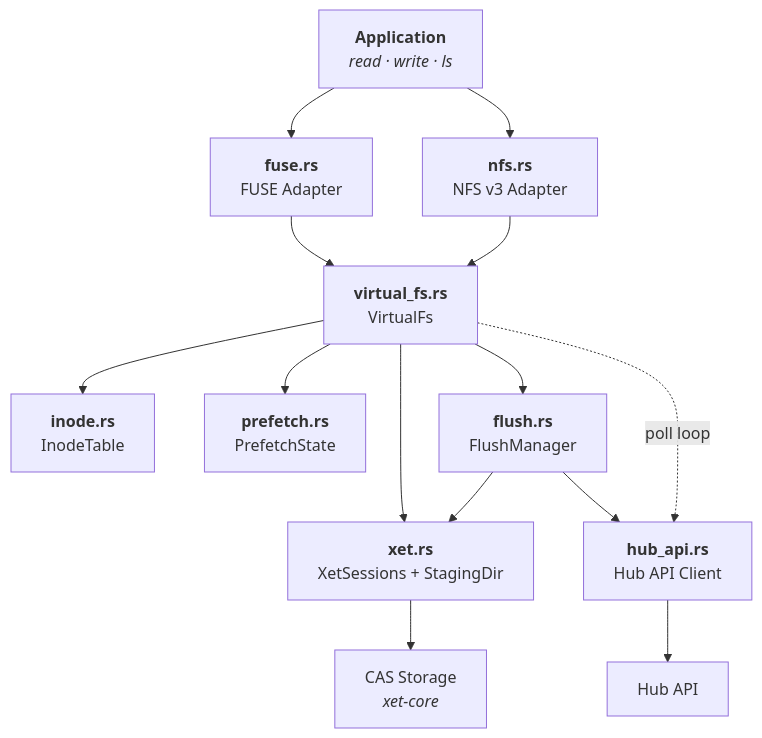
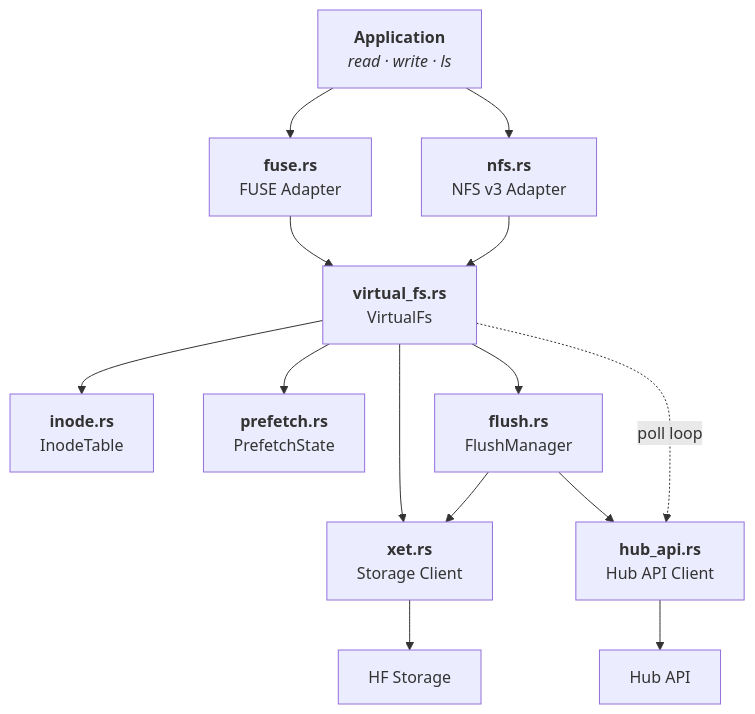
The first of 2 diagrams in README.md (huggingface/hf-mount), drawn with Mermaid before and after one commit. The commit also changed other lines of this file, not shown here.

````diff
--- a/README.md
+++ b/README.md
@@ -204,29 +216,29 @@
 ```mermaid
 graph TD
     APP["<b>Application</b><br/><i>read · write · ls</i>"]
 
     APP --> FUSE & NFS
 
     FUSE["<b>fuse.rs</b><br/>FUSE Adapter"]
     NFS["<b>nfs.rs</b><br/>NFS v3 Adapter"]
 
     FUSE & NFS --> VFS
 
     VFS["<b>virtual_fs.rs</b><br/>VirtualFs"]
 
     VFS --> INODE["<b>inode.rs</b><br/>InodeTable"]
     VFS --> PREFETCH["<b>prefetch.rs</b><br/>PrefetchState"]
     VFS --> FLUSH["<b>flush.rs</b><br/>FlushManager"]
 
     VFS --> XET
     FLUSH --> XET
     FLUSH --> HUB
 
-    XET["<b>xet.rs</b><br/>XetSessions + StagingDir"]
+    XET["<b>xet.rs</b><br/>Storage Client"]
     HUB["<b>hub_api.rs</b><br/>Hub API Client"]
 
-    XET --> CAS["CAS Storage<br/><i>xet-core</i>"]
+    XET --> HF_STORAGE["HF Storage"]
     HUB --> HUB_API["Hub API"]
 
     VFS -.->|"poll loop"| HUB
 ```
````
